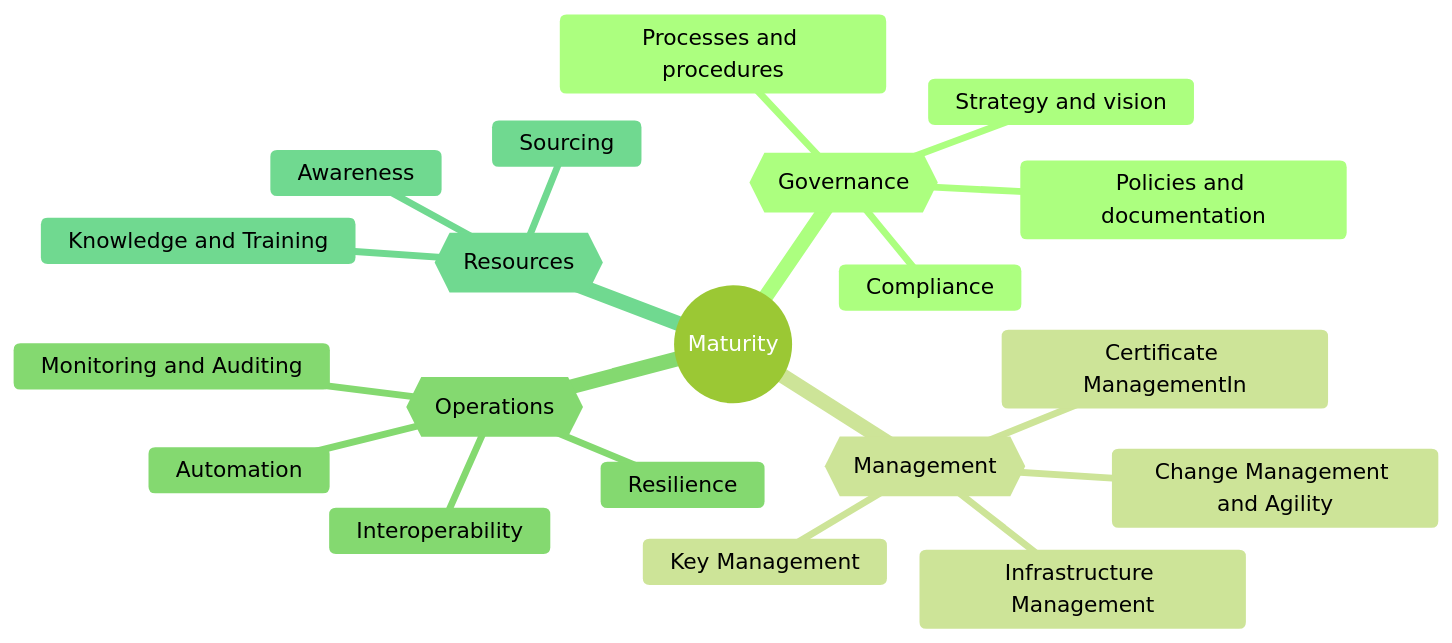
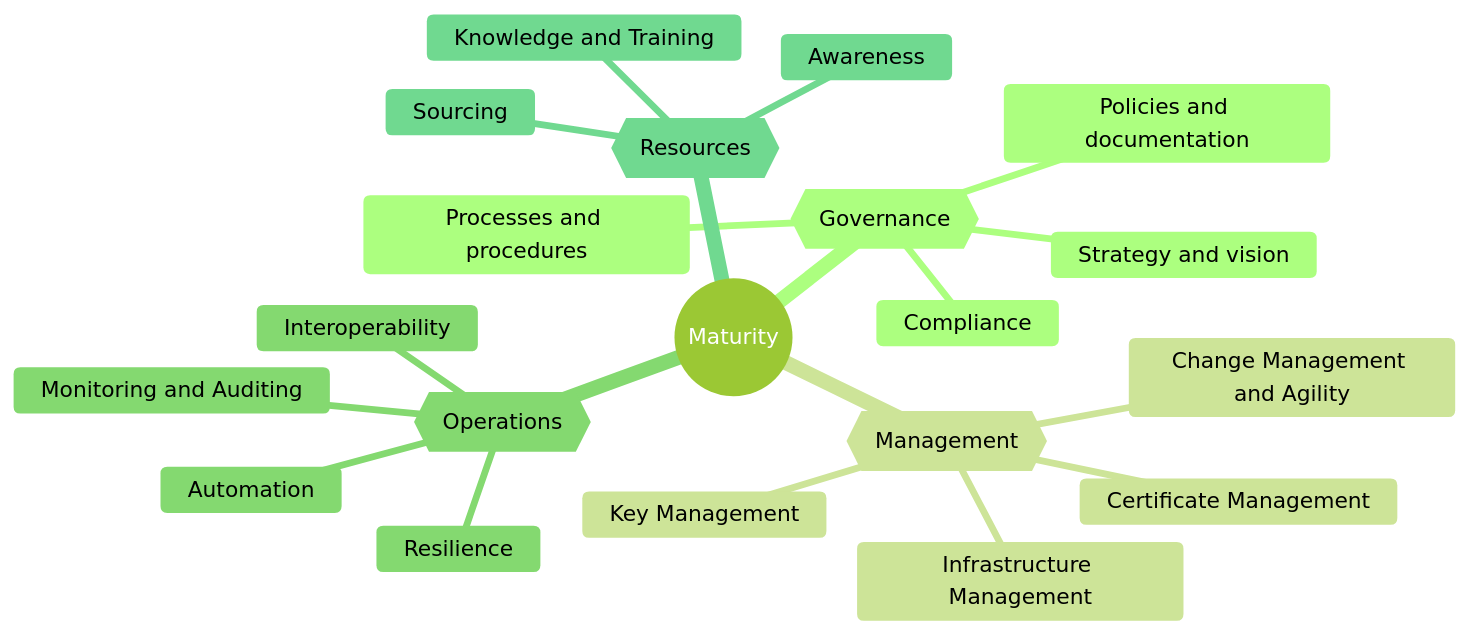
The diagram in _index.md (pkic/pkimm), drawn with Mermaid (forest theme) before and after one commit.

Commit message:
Minor fix in the overview

````diff
--- a/_index.md
+++ b/_index.md
@@ -45,23 +45,23 @@
 ```mermaid
 mindmap
   root((Maturity))
     {{Governance}}
       Strategy and vision
       Policies and documentation
       Compliance
       Processes and procedures
     {{Management}}
       Key Management
-      Certificate ManagementIn
+      Certificate Management
       Infrastructure Management
       Change Management and Agility
     {{Operations}}
       Resilience
       Automation
       Interoperability
       Monitoring and Auditing
     {{Resources}}
       Sourcing
       Knowledge and Training
       Awareness
 ```
````
